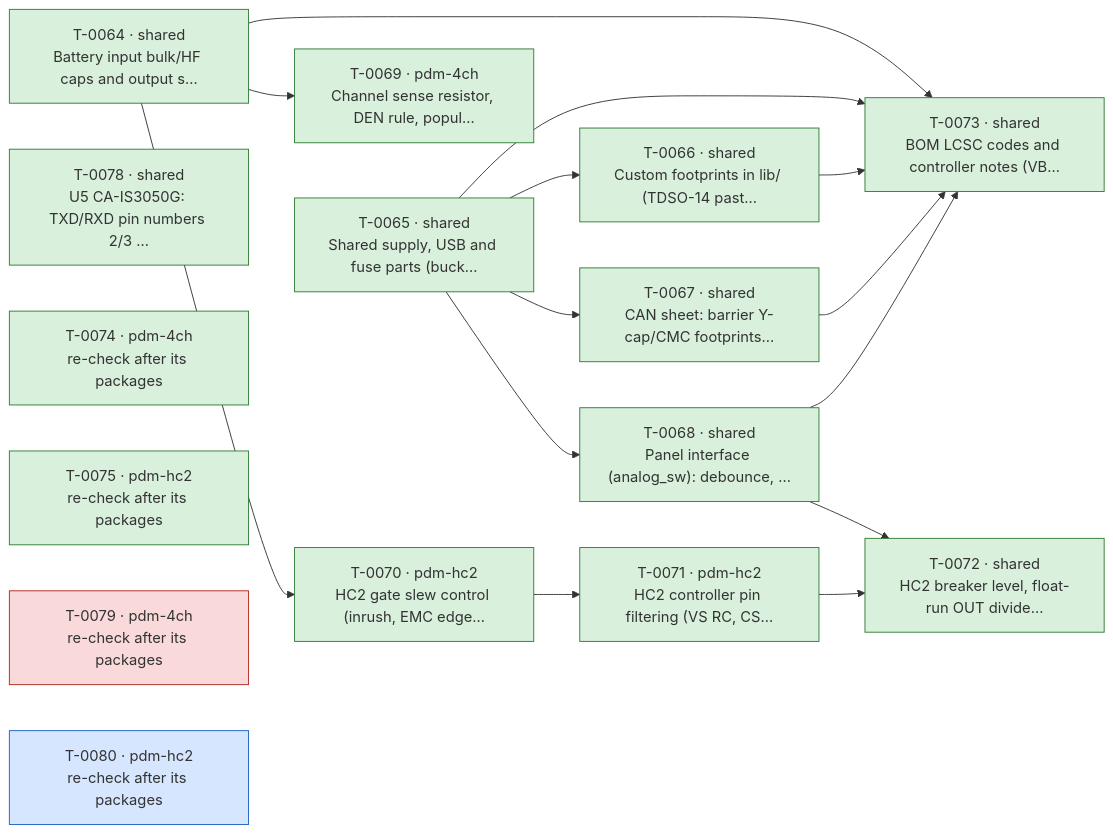
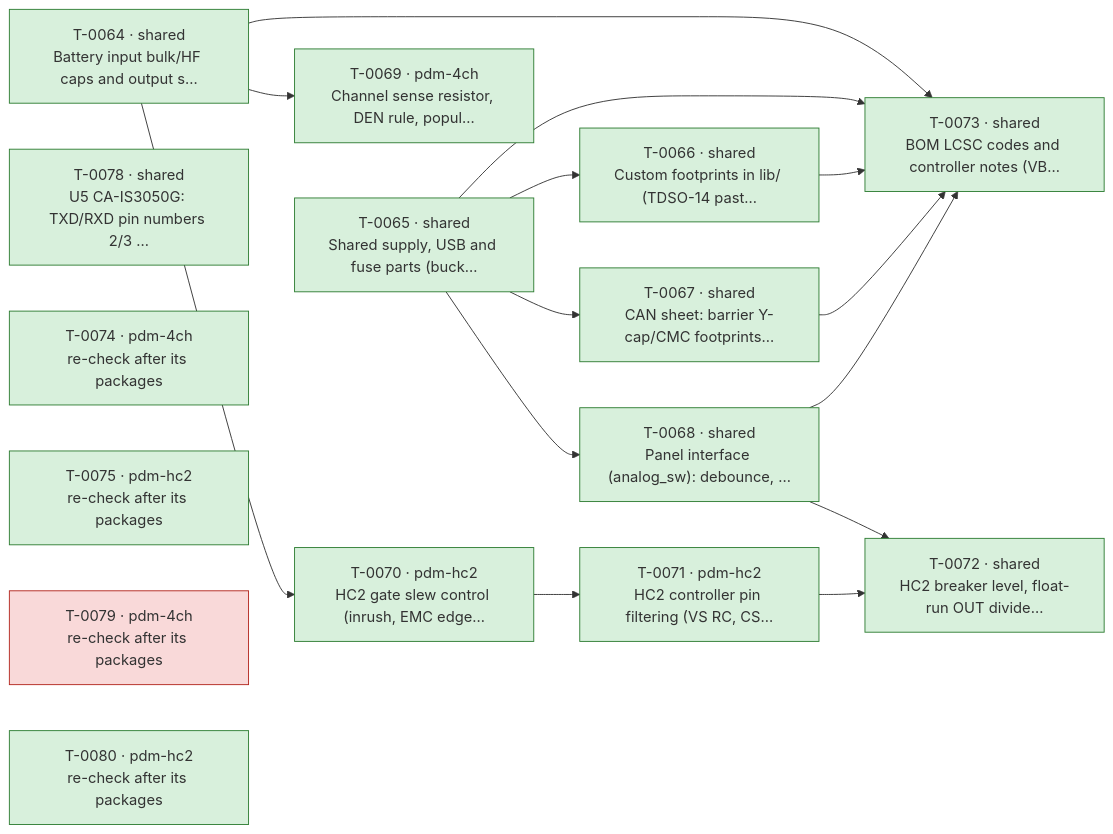
Before and after one commit to plektra/ESP32-PDM: the diagram in docs/ROADMAP.md, drawn with Mermaid. The commit also changed other lines of this file and 2 other files, not shown here.

Commit message:
Auto: validator pdm-hc2 (T-0080): 0 decided by agents, 0 for the owner, 0 duplicates
Unattended run by tools/orchestrate.py, model sonnet, 0.20 USD.

````diff
--- a/docs/ROADMAP.md
+++ b/docs/ROADMAP.md
@@ -18,35 +18,35 @@
 ```mermaid
 flowchart LR
   T0064["T-0064 · shared<br/>Battery input bulk/HF caps and output s…"]:::done
   T0065["T-0065 · shared<br/>Shared supply, USB and fuse parts (buck…"]:::done
   T0066["T-0066 · shared<br/>Custom footprints in lib/ (TDSO-14 past…"]:::done
   T0067["T-0067 · shared<br/>CAN sheet: barrier Y-cap/CMC footprints…"]:::done
   T0068["T-0068 · shared<br/>Panel interface (analog_sw): debounce, …"]:::done
   T0069["T-0069 · pdm-4ch<br/>Channel sense resistor, DEN rule, popul…"]:::done
   T0070["T-0070 · pdm-hc2<br/>HC2 gate slew control (inrush, EMC edge…"]:::done
   T0071["T-0071 · pdm-hc2<br/>HC2 controller pin filtering (VS RC, CS…"]:::done
   T0072["T-0072 · shared<br/>HC2 breaker level, float-run OUT divide…"]:::done
   T0073["T-0073 · shared<br/>BOM LCSC codes and controller notes (VB…"]:::done
   T0078["T-0078 · shared<br/>U5 CA-IS3050G: TXD/RXD pin numbers 2/3 …"]:::done
   T0074["T-0074 · pdm-4ch<br/>re-check after its packages"]:::done
   T0075["T-0075 · pdm-hc2<br/>re-check after its packages"]:::done
   T0079["T-0079 · pdm-4ch<br/>re-check after its packages"]:::failed
-  T0080["T-0080 · pdm-hc2<br/>re-check after its packages"]:::running
+  T0080["T-0080 · pdm-hc2<br/>re-check after its packages"]:::done
   T0065 --> T0066
   T0065 --> T0067
   T0065 --> T0068
   T0064 --> T0069
   T0064 --> T0070
   T0070 --> T0071
   T0068 --> T0072
   T0071 --> T0072
   T0064 --> T0073
   T0065 --> T0073
   T0066 --> T0073
   T0067 --> T0073
   T0068 --> T0073
   classDef done fill:#d8f0dc,stroke:#2e7d32
   classDef running fill:#d6e6ff,stroke:#1f5fbf
   classDef ready fill:#f2f2f2,stroke:#888
   classDef failed fill:#f9d9d9,stroke:#b3261e
 ```
````
